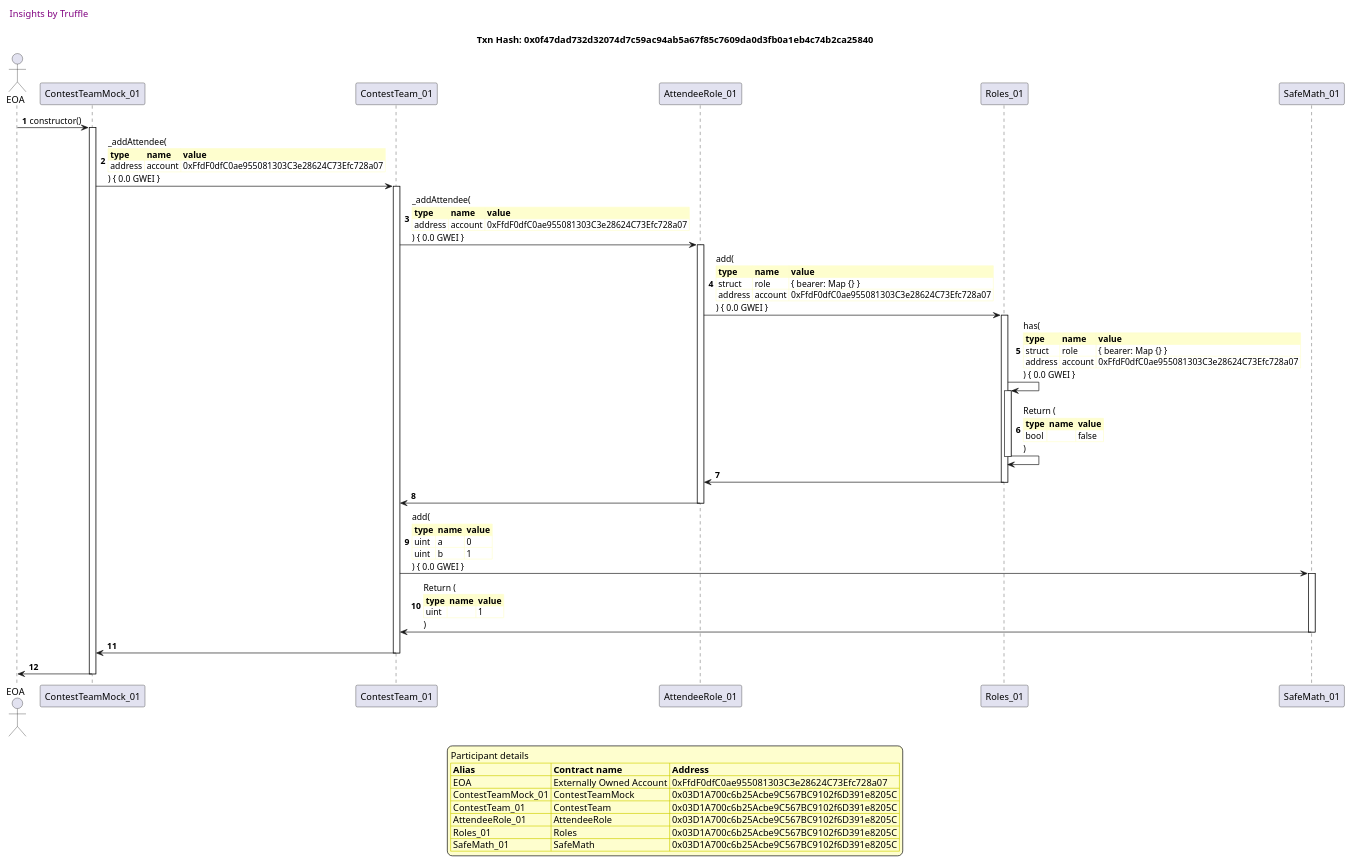
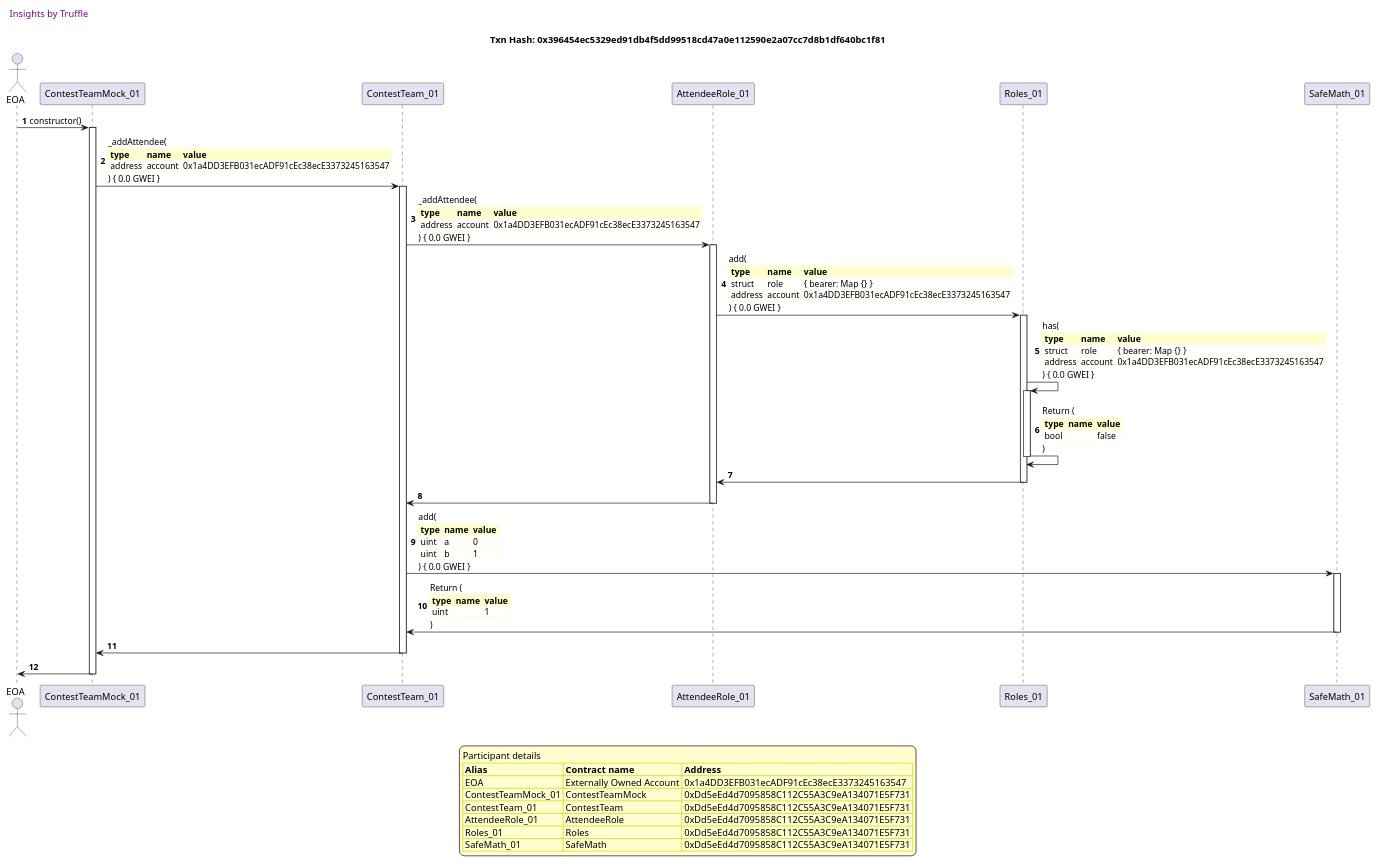
One commit to fodisi/hackapay changed the eighth of 50 diagrams in truffle-seq/core_contestteam.md. Above: the diagram before and after it, drawn with PlantUML. The commit also changed other lines of this file and 10 other files, not shown here.

````diff
--- a/truffle-seq/core_contestteam.md
+++ b/truffle-seq/core_contestteam.md
@@ -693,79 +688,79 @@
 ```plantuml
 
 
 @startuml
 
 autonumber
 skinparam legendBackgroundColor #FEFECE
 
 <style>
       header {
         HorizontalAlignment left
         FontColor purple
         FontSize 14
         Padding 10
       }
     </style>
 
 header Insights by Truffle
 
-title Txn Hash: 0x0f47dad732d32074d7c59ac94ab5a67f85c7609da0d3fb0a1eb4c74b2ca25840
+title Txn Hash: 0x396454ec5329ed91db4f5dd99518cd47a0e112590e2a07cc7d8b1df640bc1f81
 
 
 actor EOA as "EOA"
 participant ContestTeamMock_01 as "ContestTeamMock_01"
 participant ContestTeam_01 as "ContestTeam_01"
 participant AttendeeRole_01 as "AttendeeRole_01"
 participant Roles_01 as "Roles_01"
 participant SafeMath_01 as "SafeMath_01"
 
 "EOA" -> "ContestTeamMock_01" ++: constructor()
 "ContestTeamMock_01" -> "ContestTeam_01" ++: _addAttendee(\n\
 <#FEFECE,#FEFECE>|= type |= name |= value |\n\
-| address | account | 0xFfdF0dfC0ae955081303C3e28624C73Efc728a07 |\n\
+| address | account | 0x1a4DD3EFB031ecADF91cEc38ecE3373245163547 |\n\
 ) { 0.0 GWEI }
 "ContestTeam_01" -> "AttendeeRole_01" ++: _addAttendee(\n\
 <#FEFECE,#FEFECE>|= type |= name |= value |\n\
-| address | account | 0xFfdF0dfC0ae955081303C3e28624C73Efc728a07 |\n\
+| address | account | 0x1a4DD3EFB031ecADF91cEc38ecE3373245163547 |\n\
 ) { 0.0 GWEI }
 "AttendeeRole_01" -> "Roles_01" ++: add(\n\
 <#FEFECE,#FEFECE>|= type |= name |= value |\n\
 | struct | role | { bearer: Map {} } |\n\
-| address | account | 0xFfdF0dfC0ae955081303C3e28624C73Efc728a07 |\n\
+| address | account | 0x1a4DD3EFB031ecADF91cEc38ecE3373245163547 |\n\
 ) { 0.0 GWEI }
 "Roles_01" -> "Roles_01" ++: has(\n\
 <#FEFECE,#FEFECE>|= type |= name |= value |\n\
 | struct | role | { bearer: Map {} } |\n\
-| address | account | 0xFfdF0dfC0ae955081303C3e28624C73Efc728a07 |\n\
+| address | account | 0x1a4DD3EFB031ecADF91cEc38ecE3373245163547 |\n\
 ) { 0.0 GWEI }
 "Roles_01" -> "Roles_01" --: Return (\n\
 <#FEFECE,#FEFECE>|= type |= name |= value |\n\
 | bool |  | false |\n\
 )
 "Roles_01" -> "AttendeeRole_01" --: 
 "AttendeeRole_01" -> "ContestTeam_01" --: 
 "ContestTeam_01" -> "SafeMath_01" ++: add(\n\
 <#FEFECE,#FEFECE>|= type |= name |= value |\n\
 | uint | a | 0 |\n\
 | uint | b | 1 |\n\
 ) { 0.0 GWEI }
 "SafeMath_01" -> "ContestTeam_01" --: Return (\n\
 <#FEFECE,#FEFECE>|= type |= name |= value |\n\
 | uint |  | 1 |\n\
 )
 "ContestTeam_01" -> "ContestTeamMock_01" --: 
 "ContestTeamMock_01" -> "EOA" --: 
 
 legend
 Participant details
 <#FEFECE,#D0D000>|= Alias |= Contract name |= Address |
-<#FEFECE>| EOA | Externally Owned Account | 0xFfdF0dfC0ae955081303C3e28624C73Efc728a07 |
-<#FEFECE>| ContestTeamMock_01 | ContestTeamMock | 0x03D1A700c6b25Acbe9C567BC9102f6D391e8205C |
-<#FEFECE>| ContestTeam_01 | ContestTeam | 0x03D1A700c6b25Acbe9C567BC9102f6D391e8205C |
-<#FEFECE>| AttendeeRole_01 | AttendeeRole | 0x03D1A700c6b25Acbe9C567BC9102f6D391e8205C |
-<#FEFECE>| Roles_01 | Roles | 0x03D1A700c6b25Acbe9C567BC9102f6D391e8205C |
-<#FEFECE>| SafeMath_01 | SafeMath | 0x03D1A700c6b25Acbe9C567BC9102f6D391e8205C |
+<#FEFECE>| EOA | Externally Owned Account | 0x1a4DD3EFB031ecADF91cEc38ecE3373245163547 |
+<#FEFECE>| ContestTeamMock_01 | ContestTeamMock | 0xDd5eEd4d7095858C112C55A3C9eA134071E5F731 |
+<#FEFECE>| ContestTeam_01 | ContestTeam | 0xDd5eEd4d7095858C112C55A3C9eA134071E5F731 |
+<#FEFECE>| AttendeeRole_01 | AttendeeRole | 0xDd5eEd4d7095858C112C55A3C9eA134071E5F731 |
+<#FEFECE>| Roles_01 | Roles | 0xDd5eEd4d7095858C112C55A3C9eA134071E5F731 |
+<#FEFECE>| SafeMath_01 | SafeMath | 0xDd5eEd4d7095858C112C55A3C9eA134071E5F731 |
 endlegend
 
 @enduml
 ```
````
